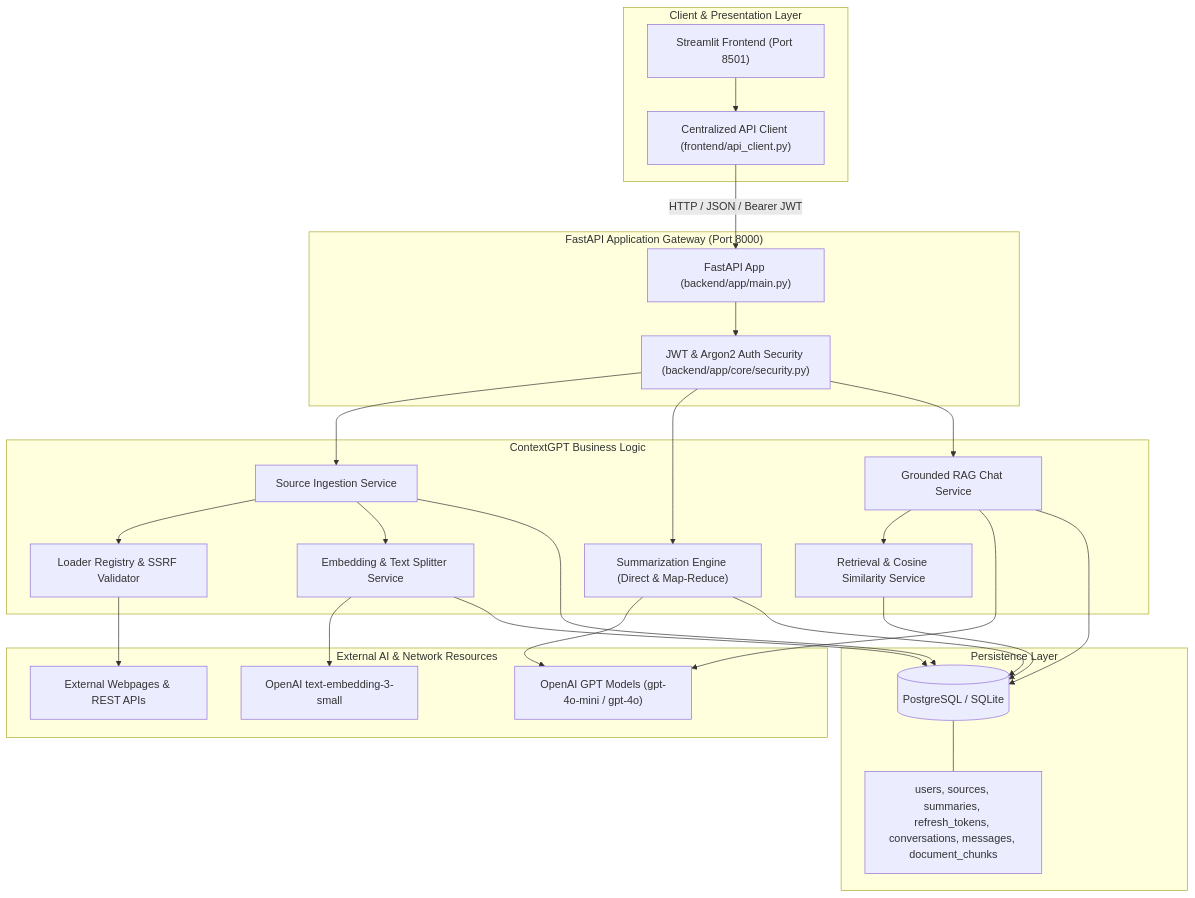
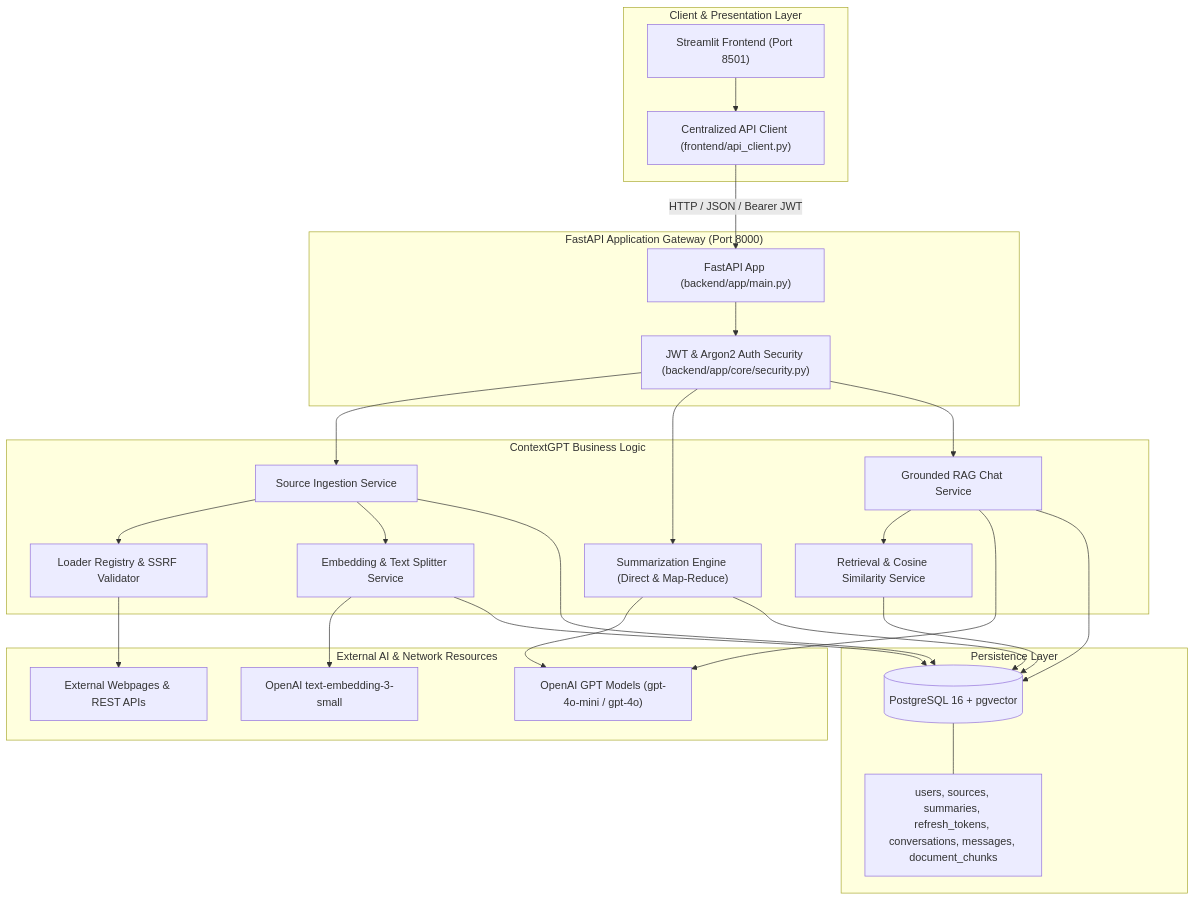
The diagram in README.md (akshay-1204/ContextGPT), drawn with Mermaid before and after one commit. The commit also changed other lines of this file and 2 other files, not shown here.

Commit message:
Update README with PostgreSQL setup, fix YouTube loader, and optimize embeddings

````diff
--- a/README.md
+++ b/README.md
@@ -37,54 +37,54 @@
 ```mermaid
 flowchart TD
     subgraph ClientLayer ["Client & Presentation Layer"]
         UI["Streamlit Frontend (Port 8501)"]
         APIClient["Centralized API Client (frontend/api_client.py)"]
         UI --> APIClient
     end
 
     subgraph APILayer ["FastAPI Application Gateway (Port 8000)"]
         FastAPI["FastAPI App (backend/app/main.py)"]
         AuthMiddleware["JWT & Argon2 Auth Security (backend/app/core/security.py)"]
         APIClient -->|HTTP / JSON / Bearer JWT| FastAPI
         FastAPI --> AuthMiddleware
     end
 
     subgraph ServiceLayer ["ContextGPT Business Logic"]
         SourceSvc["Source Ingestion Service"]
         LoaderReg["Loader Registry & SSRF Validator"]
         SummarySvc["Summarization Engine (Direct & Map-Reduce)"]
         EmbedSvc["Embedding & Text Splitter Service"]
         Retriever["Retrieval & Cosine Similarity Service"]
         ChatSvc["Grounded RAG Chat Service"]
 
         AuthMiddleware --> SourceSvc
         AuthMiddleware --> SummarySvc
         AuthMiddleware --> ChatSvc
 
         SourceSvc --> LoaderReg
         SourceSvc --> EmbedSvc
         ChatSvc --> Retriever
     end
 
     subgraph ExternalServices ["External AI & Network Resources"]
         OpenAI_LLM["OpenAI GPT Models (gpt-4o-mini / gpt-4o)"]
         OpenAI_Embed["OpenAI text-embedding-3-small"]
         ExtWeb["External Webpages & REST APIs"]
         LoaderReg --> ExtWeb
         SummarySvc --> OpenAI_LLM
         EmbedSvc --> OpenAI_Embed
         ChatSvc --> OpenAI_LLM
     end
 
     subgraph StorageLayer ["Persistence Layer"]
-        DB[(PostgreSQL / SQLite)]
+        DB[(PostgreSQL 16 + pgvector)]
         Tables["users, sources, summaries, refresh_tokens, conversations, messages, document_chunks"]
         DB --- Tables
     end
 
     SourceSvc --> DB
     EmbedSvc --> DB
     SummarySvc --> DB
     Retriever --> DB
     ChatSvc --> DB
 ```
````
